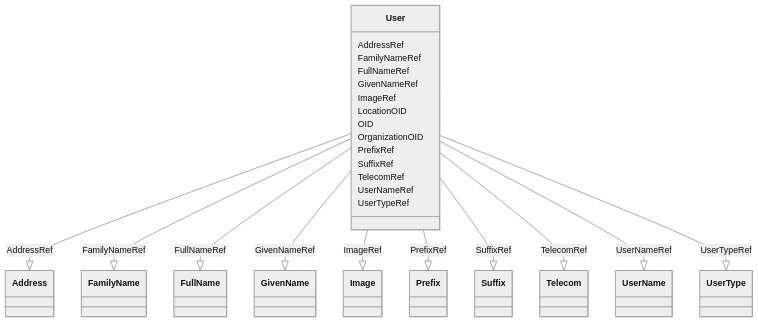
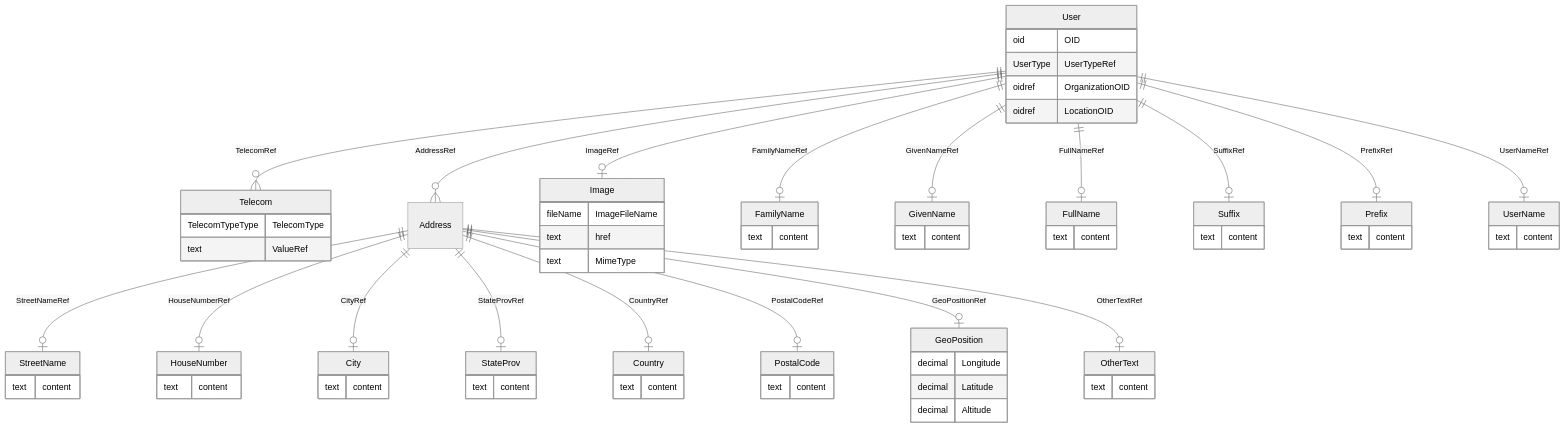
Before and after one commit to cdisc-org/DataExchange-ODM-LinkML: the diagram in docs/User.md, drawn with Mermaid (neutral theme). The commit also changed other lines of this file and 181 other files, not shown here.

Commit message:
ER diagrams working via templates and removing names with underscores

````diff
--- a/docs/User.md
+++ b/docs/User.md
@@ -14,51 +11,84 @@
 ```mermaid
- classDiagram
-    class User
-      User : AddressRef
-        
-          User --|> Address : AddressRef
-        
-      User : FamilyNameRef
-        
-          User --|> FamilyName : FamilyNameRef
-        
-      User : FullNameRef
-        
-          User --|> FullName : FullNameRef
-        
-      User : GivenNameRef
-        
-          User --|> GivenName : GivenNameRef
-        
-      User : ImageRef
-        
-          User --|> Image : ImageRef
-        
-      User : LocationOID
-        
-      User : OID
-        
-      User : OrganizationOID
-        
-      User : PrefixRef
-        
-          User --|> Prefix : PrefixRef
-        
-      User : SuffixRef
-        
-          User --|> Suffix : SuffixRef
-        
-      User : TelecomRef
-        
-          User --|> Telecom : TelecomRef
-        
-      User : UserNameRef
-        
-          User --|> UserName : UserNameRef
-        
-      User : UserTypeRef
-        
-          User --|> UserType : UserTypeRef
-        
-      
+erDiagram
+User {
+    oid OID  
+    UserType UserTypeRef  
+    oidref OrganizationOID  
+    oidref LocationOID  
+}
+Telecom {
+    TelecomTypeType TelecomType  
+    text ValueRef  
+}
+Address {
+
+}
+OtherText {
+    text content  
+}
+GeoPosition {
+    decimal Longitude  
+    decimal Latitude  
+    decimal Altitude  
+}
+PostalCode {
+    text content  
+}
+Country {
+    text content  
+}
+StateProv {
+    text content  
+}
+City {
+    text content  
+}
+HouseNumber {
+    text content  
+}
+StreetName {
+    text content  
+}
+Image {
+    fileName ImageFileName  
+    text href  
+    text MimeType  
+}
+FamilyName {
+    text content  
+}
+GivenName {
+    text content  
+}
+FullName {
+    text content  
+}
+Suffix {
+    text content  
+}
+Prefix {
+    text content  
+}
+UserName {
+    text content  
+}
+
+User ||--|o UserName : "UserNameRef"
+User ||--|o Prefix : "PrefixRef"
+User ||--|o Suffix : "SuffixRef"
+User ||--|o FullName : "FullNameRef"
+User ||--|o GivenName : "GivenNameRef"
+User ||--|o FamilyName : "FamilyNameRef"
+User ||--|o Image : "ImageRef"
+User ||--}o Address : "AddressRef"
+User ||--}o Telecom : "TelecomRef"
+Address ||--|o StreetName : "StreetNameRef"
+Address ||--|o HouseNumber : "HouseNumberRef"
+Address ||--|o City : "CityRef"
+Address ||--|o StateProv : "StateProvRef"
+Address ||--|o Country : "CountryRef"
+Address ||--|o PostalCode : "PostalCodeRef"
+Address ||--|o GeoPosition : "GeoPositionRef"
+Address ||--|o OtherText : "OtherTextRef"
+
 ```
````
